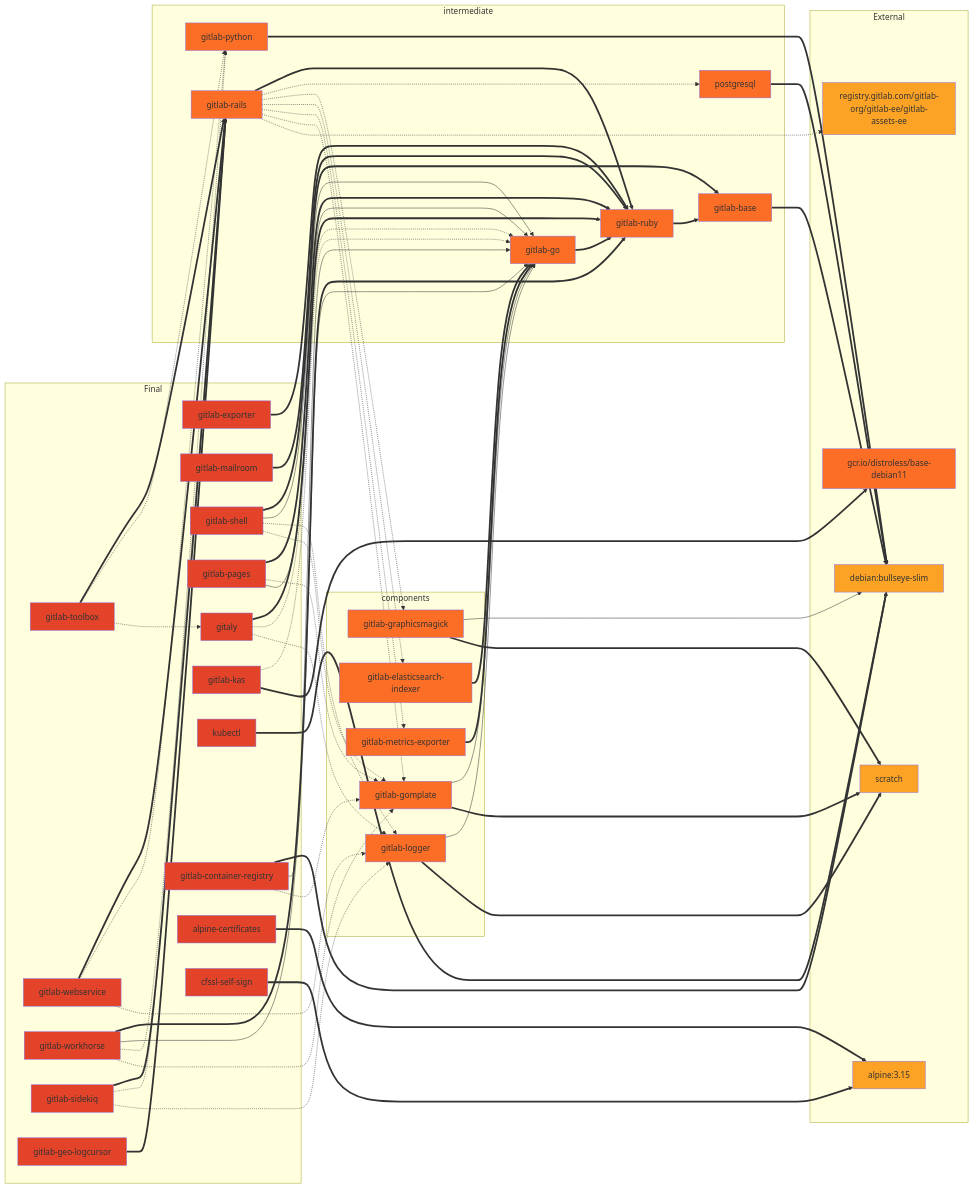
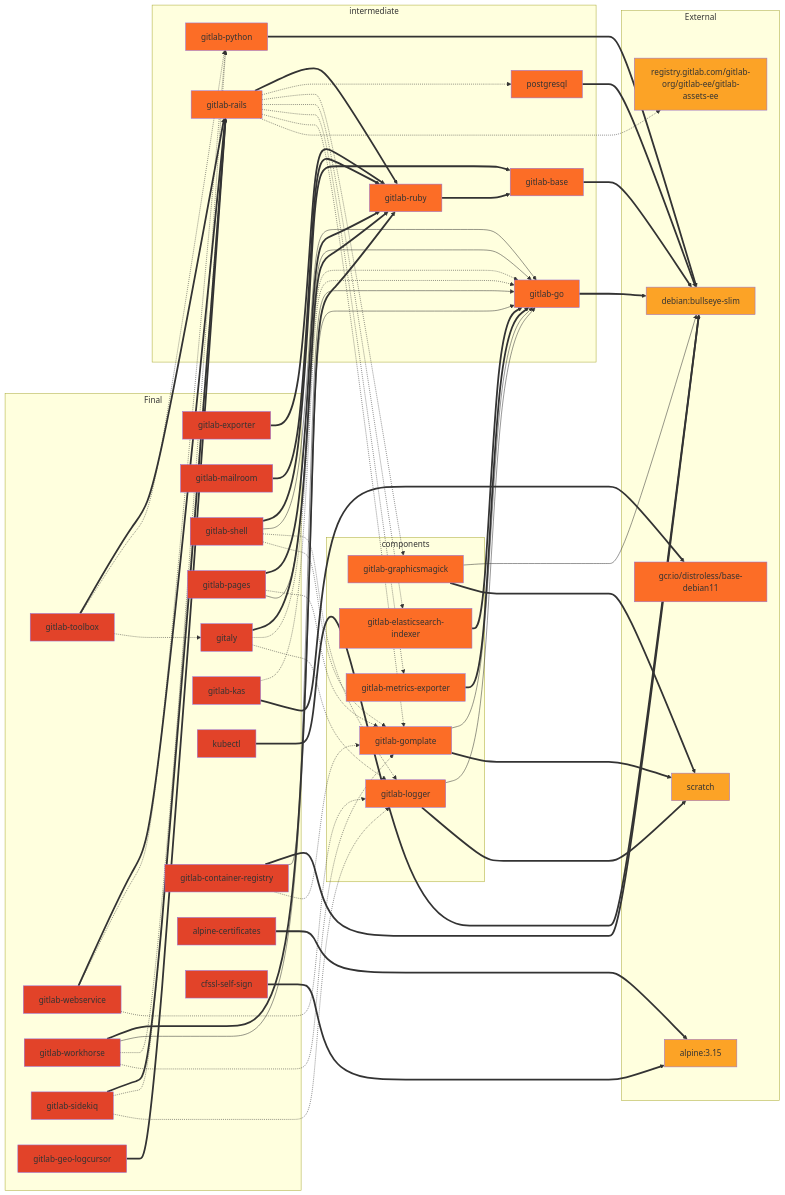
The second of 2 diagrams in docs/build.md (tachyons/gitlab-pages), drawn with Mermaid before and after one commit. The commit also changed 4 other files, not shown here.

First line of the commit message:
Base gitlab-go on Debian not base

```diff
--- a/docs/build.md
+++ b/docs/build.md
@@ -287,7 +287,7 @@
     gcr.io/distroless/base-debian11
   end
 
-  gitlab-go==>gitlab-ruby;
+  gitlab-go==>debian;
   gitlab-base==>debian;
   gitlab-ruby==>gitlab-base;
 
```
